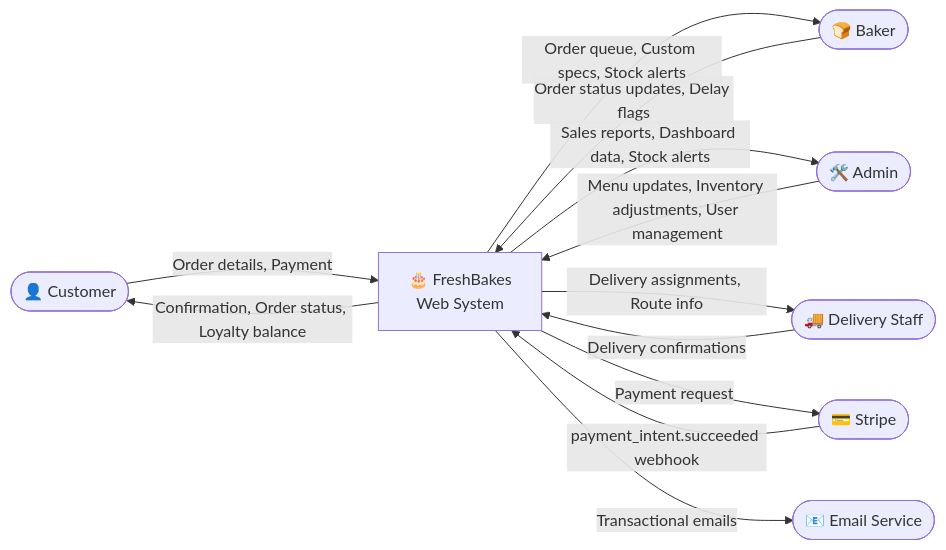
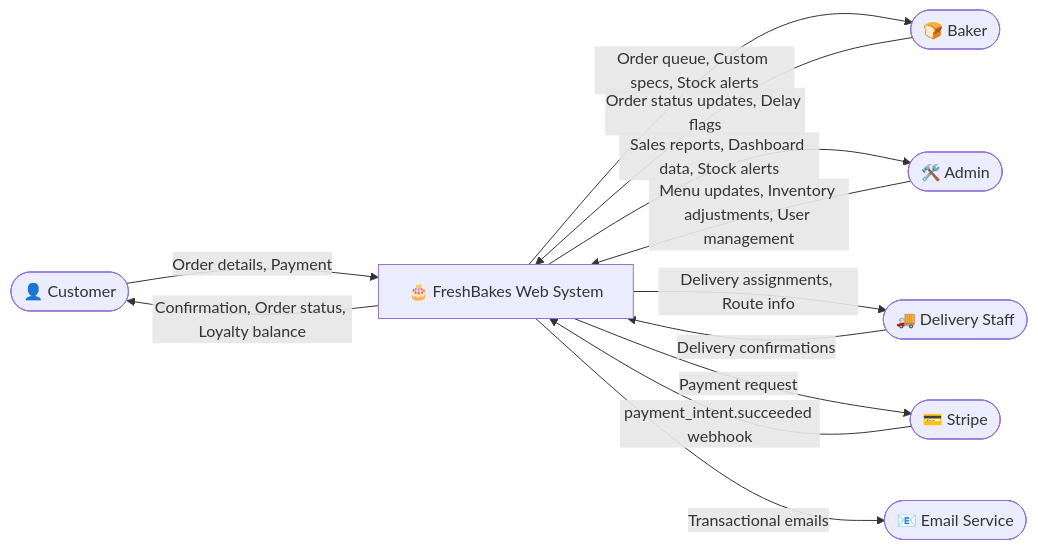
Before and after one commit to alexarlord-boop/IS501-Project: the first of 5 diagrams in FreshBakes_System_Design_Report.md, drawn with Mermaid. The commit also changed other lines of this file, not shown here.

Commit message:
Update FreshBakes system design report: remove pending status from table of contents, standardize headings, and enhance clarity in methodology comparisons.

````diff
--- a/FreshBakes_System_Design_Report.md
+++ b/FreshBakes_System_Design_Report.md
@@ -370,26 +358,26 @@
 ```mermaid
 flowchart LR
     CUST(["👤 Customer"])
     BAKER(["🍞 Baker"])
     ADMIN(["🛠️ Admin"])
     DEL(["🚚 Delivery Staff"])
     STRIPE(["💳 Stripe"])
     EMAIL(["📧 Email Service"])
 
-    CUST -->|"Order details, Payment"| SYS["🎂 FreshBakes\nWeb System"]
+    CUST -->|"Order details, Payment"| SYS["🎂 FreshBakes Web System"]
     SYS -->|"Confirmation, Order status, Loyalty balance"| CUST
 
     BAKER -->|"Order status updates, Delay flags"| SYS
     SYS -->|"Order queue, Custom specs, Stock alerts"| BAKER
 
     ADMIN -->|"Menu updates, Inventory adjustments, User management"| SYS
     SYS -->|"Sales reports, Dashboard data, Stock alerts"| ADMIN
 
     DEL -->|"Delivery confirmations"| SYS
     SYS -->|"Delivery assignments, Route info"| DEL
 
     SYS -->|"Payment request"| STRIPE
     STRIPE -->|"payment_intent.succeeded webhook"| SYS
 
     SYS -->|"Transactional emails"| EMAIL
 ```
````
